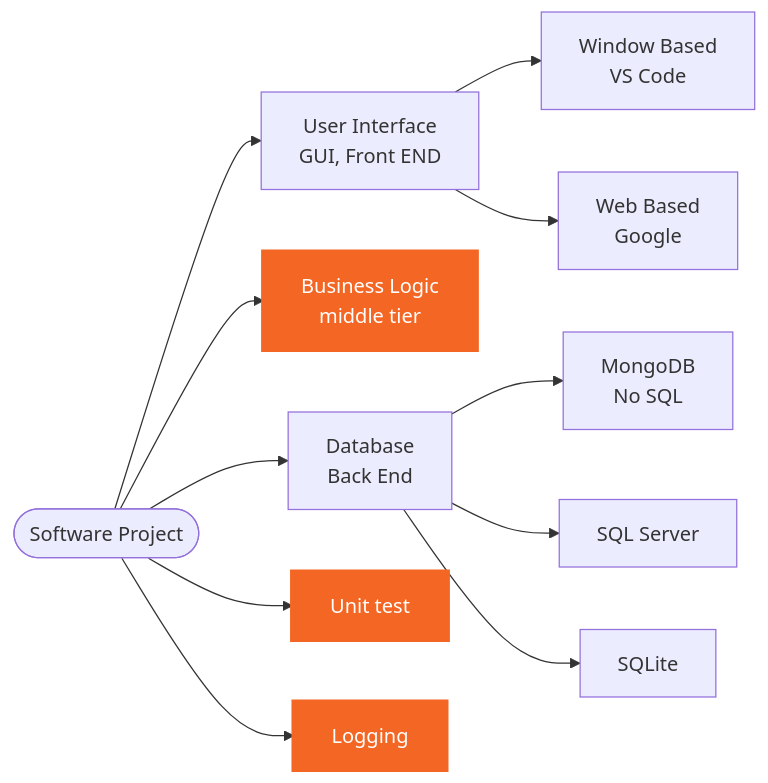
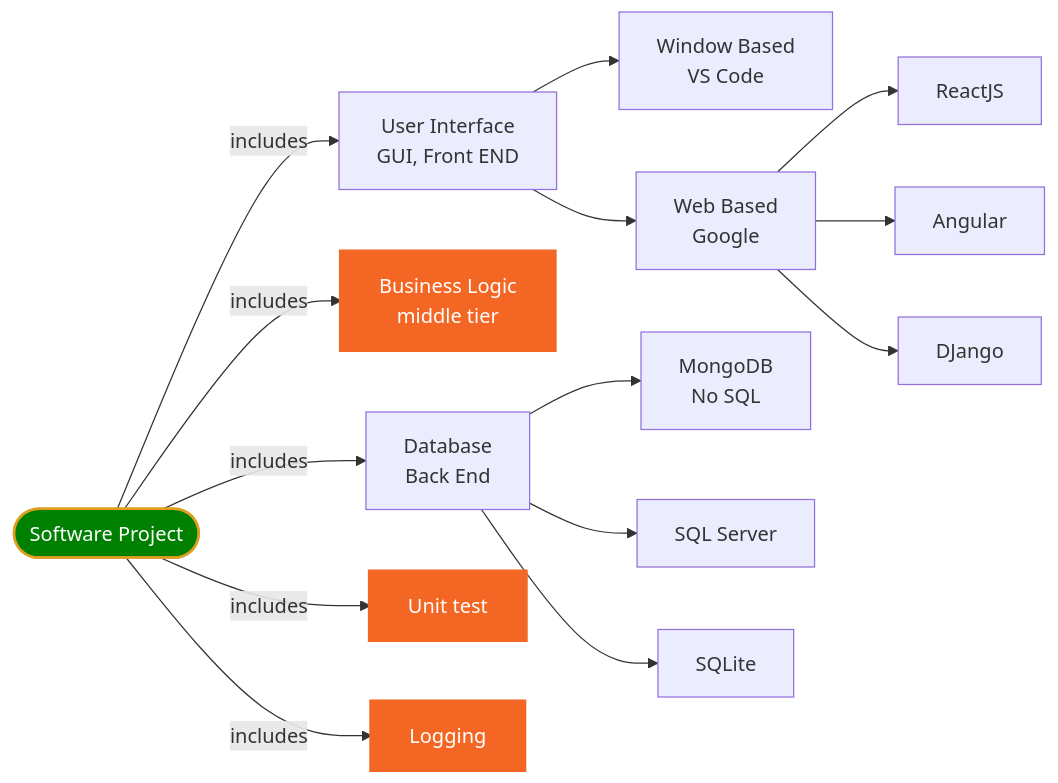
The fifth of 6 diagrams in doc/python.md (jwang1122/python1), drawn with Mermaid before and after one commit. The commit also changed other lines of this file and 4 other files, not shown here.

````diff
--- a/doc/python.md
+++ b/doc/python.md
@@ -342,22 +343,29 @@
 ```mermaid
 graph LR
 A([Software Project])
 B[User Interface<br>GUI, Front END]
 C[Business Logic<br>middle tier]
 D[Database<br>Back End]
 E[Unit test]
 F[Logging]
 G[Window Based<br>VS Code]
 H[Web Based<br>Google]
 M[MongoDB<br>No SQL]
 S[SQL Server]
 P[SQLite]
+K[ReactJS]
+L[Angular]
+DJ[DJango]
 
-A-->B & C & D & E & F
+A--includes-->B & C & D & E & F
 B-->G & H
 D-->M & S & P
+H-->K & L & DJ
 
 classDef html fill:#F46624,stroke:#F46624,stroke-width:4px,color:white;
+classDef start fill:green,stroke:#DE9E1F,stroke-width:2px,color:white;
 
 class C,E,F html
+class A, start
+
 ```
````
